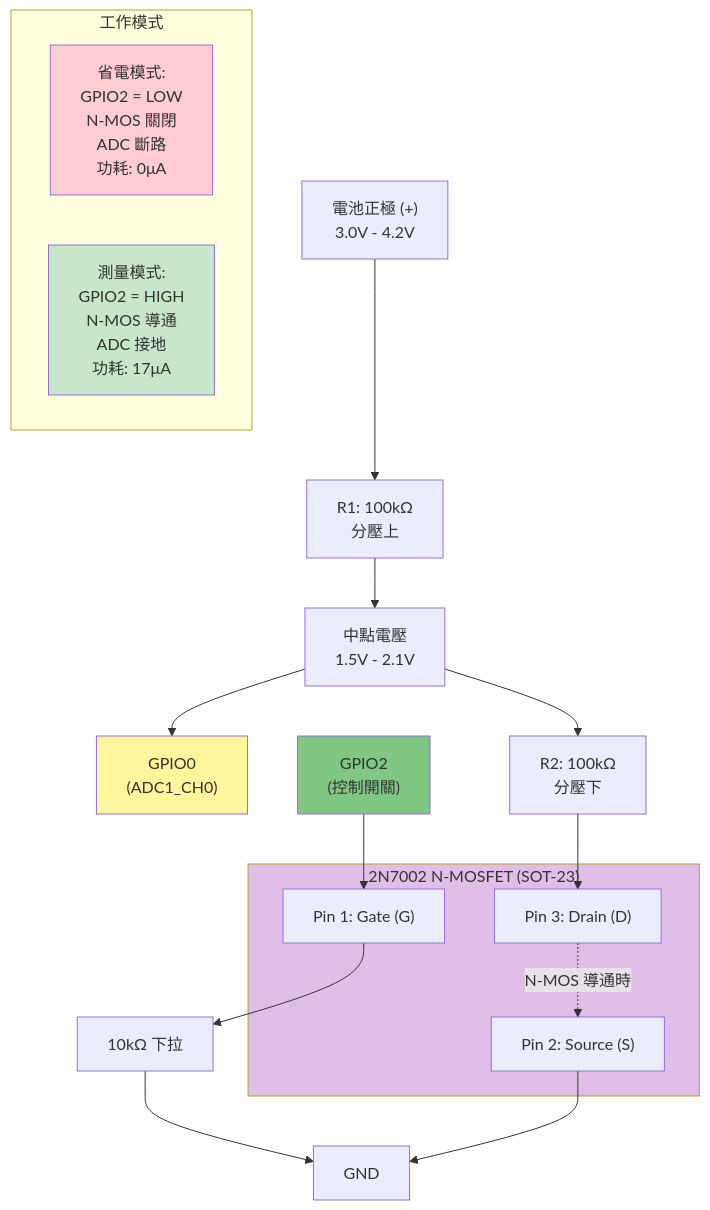
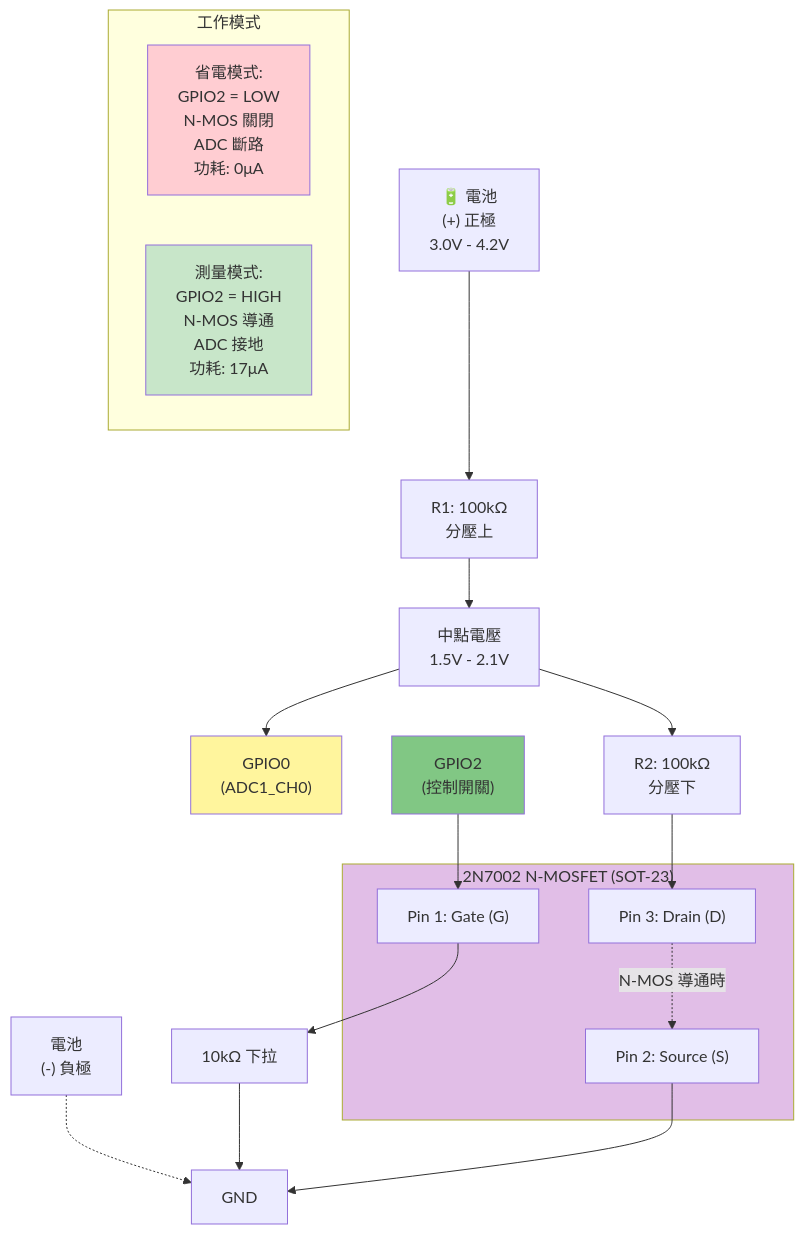
One commit to DanielYJHsieh/esp32c3 changed the fourth of 5 diagrams in battery_management/hardware/WIRING_DIAGRAM.md. Above: the diagram before and after it, drawn with Mermaid. The commit also changed other lines of this file and 1 other file, not shown here.

````diff
--- a/battery_management/hardware/WIRING_DIAGRAM.md
+++ b/battery_management/hardware/WIRING_DIAGRAM.md
@@ -260,32 +267,33 @@
 ```mermaid
 graph TB
-    BAT_P2["電池正極 (+)<br/>3.0V - 4.2V"] --> R1["R1: 100kΩ<br/>分壓上"]
+    BAT_P2["🔋 電池<br/>(+) 正極<br/>3.0V - 4.2V"] --> R1["R1: 100kΩ<br/>分壓上"]
+    BAT_N2["電池<br/>(-) 負極"] -.-> GND3
     R1 --> MID["中點電壓<br/>1.5V - 2.1V"]
     MID --> GPIO0["GPIO0<br/>(ADC1_CH0)"]
     MID --> R2["R2: 100kΩ<br/>分壓下"]
     R2 --> DRAIN
     
     subgraph NMOS["2N7002 N-MOSFET (SOT-23)"]
         GATE2["Pin 1: Gate (G)"]
         SOURCE2["Pin 2: Source (S)"]
         DRAIN["Pin 3: Drain (D)"]
     end
     
     GPIO2["GPIO2<br/>(控制開關)"] --> GATE2
     GATE2 --> R_GATE2["10kΩ 下拉"]
     R_GATE2 --> GND3["GND"]
     SOURCE2 --> GND3
     
     DRAIN -.->|N-MOS 導通時| SOURCE2
     
     subgraph STATES["工作模式"]
         OFF["省電模式:<br/>GPIO2 = LOW<br/>N-MOS 關閉<br/>ADC 斷路<br/>功耗: 0μA"]
         ON["測量模式:<br/>GPIO2 = HIGH<br/>N-MOS 導通<br/>ADC 接地<br/>功耗: 17μA"]
     end
     
     style NMOS fill:#e1bee7
     style GPIO0 fill:#fff59d
     style GPIO2 fill:#81c784
     style OFF fill:#ffcdd2
     style ON fill:#c8e6c9
 ```
````
